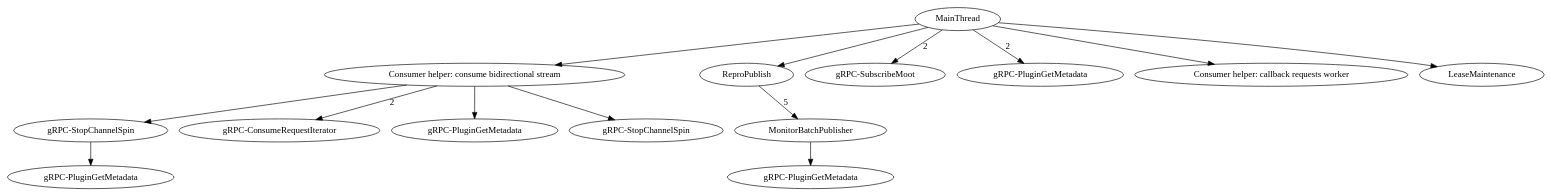
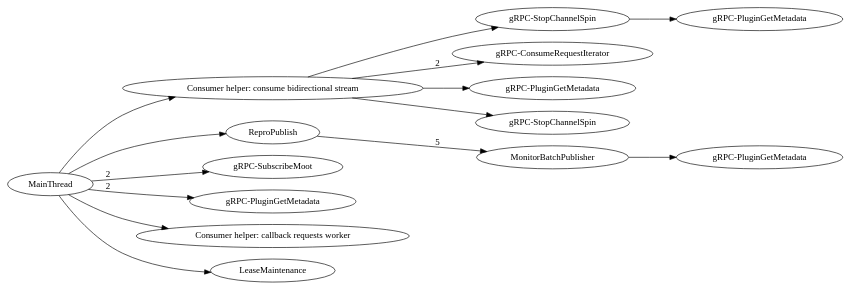
The diagram in not-found/0.29.1.dot (dhermes/google-cloud-pubsub-performance), drawn with Graphviz before and after one commit. The commit also changed 20 other files, not shown here.

Commit message:
Making SVG / dot graphs left to right.

```diff
--- a/not-found/0.29.1.dot
+++ b/not-found/0.29.1.dot
@@ -1,65 +1,66 @@
 digraph G {
+rankdir=LR;
 subgraph  {
 }
 
 subgraph  {
 }
 
 subgraph  {
 }
 
 subgraph  {
 subgraph  {
 subgraph  {
 }
 
 "Thread-gRPC-StopChannelSpin" -> "Thread-gRPC-PluginGetMetadata++";
 }
 
 subgraph  {
 }
 
 subgraph  {
 }
 
 subgraph  {
 }
 
 "Consumer helper: consume bidirectional stream" -> "Thread-gRPC-StopChannelSpin";
 "Consumer helper: consume bidirectional stream" -> "Thread-gRPC-ConsumeRequestIterator"  [label=2];
 "Consumer helper: consume bidirectional stream" -> "Thread-gRPC-PluginGetMetadata+++";
 "Consumer helper: consume bidirectional stream" -> "Thread-gRPC-StopChannelSpin+";
 }
 
 subgraph  {
 }
 
 subgraph  {
 subgraph  {
 subgraph  {
 }
 
 "Thread-MonitorBatchPublisher" -> "Thread-gRPC-PluginGetMetadata+";
 }
 
 "Thread-ReproPublish" -> "Thread-MonitorBatchPublisher"  [label=5];
 }
 
 MainThread -> "Thread-gRPC-SubscribeMoot"  [label=2];
 MainThread -> "Thread-gRPC-PluginGetMetadata"  [label=2];
 MainThread -> "Consumer helper: callback requests worker";
 MainThread -> "Consumer helper: consume bidirectional stream";
 MainThread -> "Thread-LeaseMaintenance";
 MainThread -> "Thread-ReproPublish";
+"Thread-gRPC-SubscribeMoot" [label="gRPC-SubscribeMoot"];
 "Thread-gRPC-PluginGetMetadata+++" [label="gRPC-PluginGetMetadata"];
+"Thread-gRPC-PluginGetMetadata+" [label="gRPC-PluginGetMetadata"];
+"Thread-LeaseMaintenance" [label=LeaseMaintenance];
 "Thread-ReproPublish" [label=ReproPublish];
-"Thread-LeaseMaintenance" [label=LeaseMaintenance];
 "Thread-gRPC-PluginGetMetadata++" [label="gRPC-PluginGetMetadata"];
-"Thread-gRPC-ConsumeRequestIterator" [label="gRPC-ConsumeRequestIterator"];
-"Thread-gRPC-SubscribeMoot" [label="gRPC-SubscribeMoot"];
-"Thread-gRPC-PluginGetMetadata+" [label="gRPC-PluginGetMetadata"];
-"Thread-gRPC-StopChannelSpin+" [label="gRPC-StopChannelSpin"];
 "Thread-gRPC-StopChannelSpin" [label="gRPC-StopChannelSpin"];
 "Thread-gRPC-PluginGetMetadata" [label="gRPC-PluginGetMetadata"];
 "Thread-MonitorBatchPublisher" [label=MonitorBatchPublisher];
+"Thread-gRPC-ConsumeRequestIterator" [label="gRPC-ConsumeRequestIterator"];
+"Thread-gRPC-StopChannelSpin+" [label="gRPC-StopChannelSpin"];
 }
```
